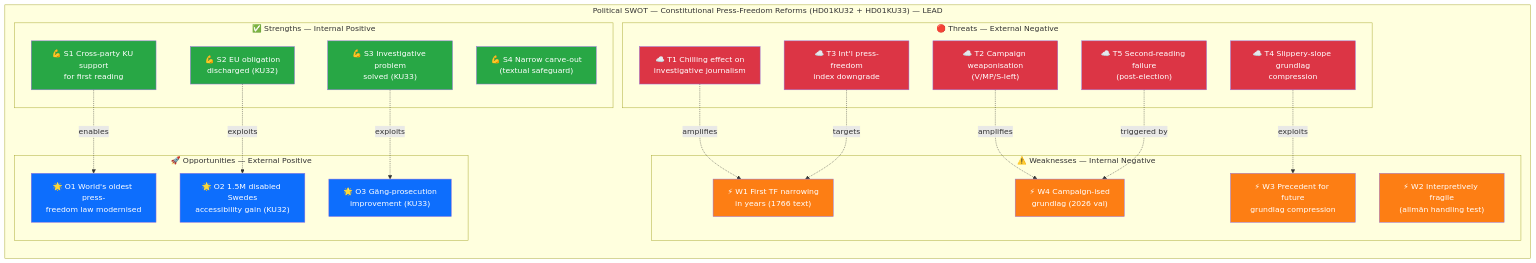
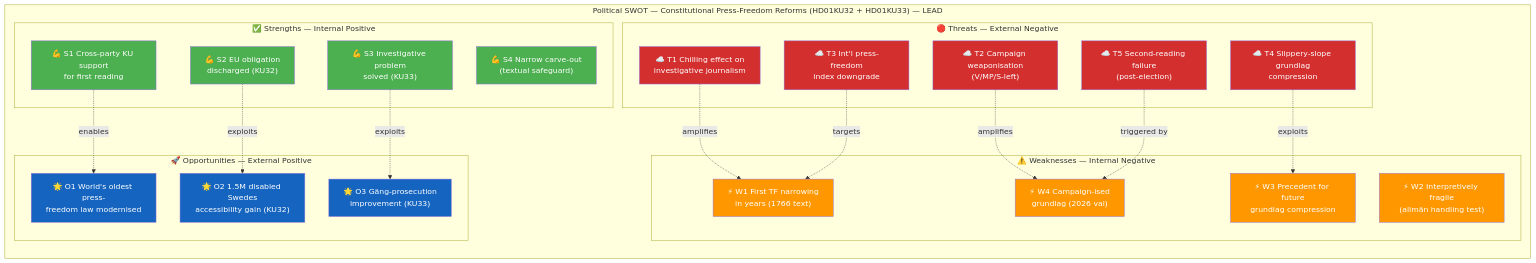
The diagram in analysis/daily/2026-04-17/realtime-1434/swot-analysis.md (Hack23/riksdagsmonitor), drawn with Mermaid before and after one commit. The commit also changed 785 other files, not shown here.

First line of the commit message:
Normalize mermaid colors across 786 analysis artifacts to ISMS Style Guide palette

````diff
--- a/analysis/daily/2026-04-17/realtime-1434/swot-analysis.md
+++ b/analysis/daily/2026-04-17/realtime-1434/swot-analysis.md
@@ -63,56 +63,56 @@
 ```mermaid
 graph TD
     subgraph SWOT["Political SWOT — Constitutional Press-Freedom Reforms (HD01KU32 + HD01KU33) — LEAD"]
         direction TB
         subgraph INT_POS["✅ Strengths — Internal Positive"]
             S1N["💪 S1 Cross-party KU support<br/>for first reading"]
             S2N["💪 S2 EU obligation<br/>discharged (KU32)"]
             S3N["💪 S3 Investigative problem<br/>solved (KU33)"]
             S4N["💪 S4 Narrow carve-out<br/>(textual safeguard)"]
         end
         subgraph INT_NEG["⚠️ Weaknesses — Internal Negative"]
             W1N["⚡ W1 First TF narrowing<br/>in years (1766 text)"]
             W2N["⚡ W2 Interpretively fragile<br/>(allmän handling test)"]
             W3N["⚡ W3 Precedent for future<br/>grundlag compression"]
             W4N["⚡ W4 Campaign-ised<br/>grundlag (2026 val)"]
         end
         subgraph EXT_POS["🚀 Opportunities — External Positive"]
             O1N["🌟 O1 World's oldest press-<br/>freedom law modernised"]
             O2N["🌟 O2 1.5M disabled Swedes<br/>accessibility gain (KU32)"]
             O3N["🌟 O3 Gäng-prosecution<br/>improvement (KU33)"]
         end
         subgraph EXT_NEG["🔴 Threats — External Negative"]
             T1N["☁️ T1 Chilling effect on<br/>investigative journalism"]
             T2N["☁️ T2 Campaign weaponisation<br/>(V/MP/S-left)"]
             T3N["☁️ T3 Int'l press-freedom<br/>index downgrade"]
             T4N["☁️ T4 Slippery-slope grundlag<br/>compression"]
             T5N["☁️ T5 Second-reading failure<br/>(post-election)"]
         end
     end
 
     S1N -.enables.-> O1N
     S2N -.exploits.-> O2N
     S3N -.exploits.-> O3N
     T1N -.amplifies.-> W1N
     T2N -.amplifies.-> W4N
     T3N -.targets.-> W1N
     T4N -.exploits.-> W3N
     T5N -.triggered by.-> W4N
 
-    style S1N fill:#28a745,color:#fff
-    style S2N fill:#28a745,color:#fff
-    style S3N fill:#28a745,color:#fff
-    style S4N fill:#28a745,color:#fff
-    style W1N fill:#fd7e14,color:#fff
-    style W2N fill:#fd7e14,color:#fff
-    style W3N fill:#fd7e14,color:#fff
-    style W4N fill:#fd7e14,color:#fff
-    style O1N fill:#0d6efd,color:#fff
-    style O2N fill:#0d6efd,color:#fff
-    style O3N fill:#0d6efd,color:#fff
-    style T1N fill:#dc3545,color:#fff
-    style T2N fill:#dc3545,color:#fff
-    style T3N fill:#dc3545,color:#fff
-    style T4N fill:#dc3545,color:#fff
-    style T5N fill:#dc3545,color:#fff
+    style S1N fill:#4CAF50,color:#FFFFFF
+    style S2N fill:#4CAF50,color:#FFFFFF
+    style S3N fill:#4CAF50,color:#FFFFFF
+    style S4N fill:#4CAF50,color:#FFFFFF
+    style W1N fill:#FF9800,color:#FFFFFF
+    style W2N fill:#FF9800,color:#FFFFFF
+    style W3N fill:#FF9800,color:#FFFFFF
+    style W4N fill:#FF9800,color:#FFFFFF
+    style O1N fill:#1565C0,color:#FFFFFF
+    style O2N fill:#1565C0,color:#FFFFFF
+    style O3N fill:#1565C0,color:#FFFFFF
+    style T1N fill:#D32F2F,color:#FFFFFF
+    style T2N fill:#D32F2F,color:#FFFFFF
+    style T3N fill:#D32F2F,color:#FFFFFF
+    style T4N fill:#D32F2F,color:#FFFFFF
+    style T5N fill:#D32F2F,color:#FFFFFF
 ```
````
